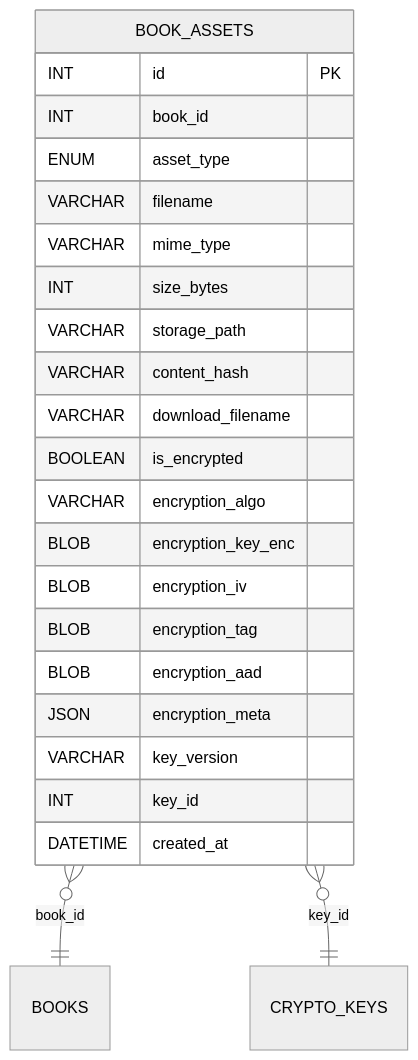
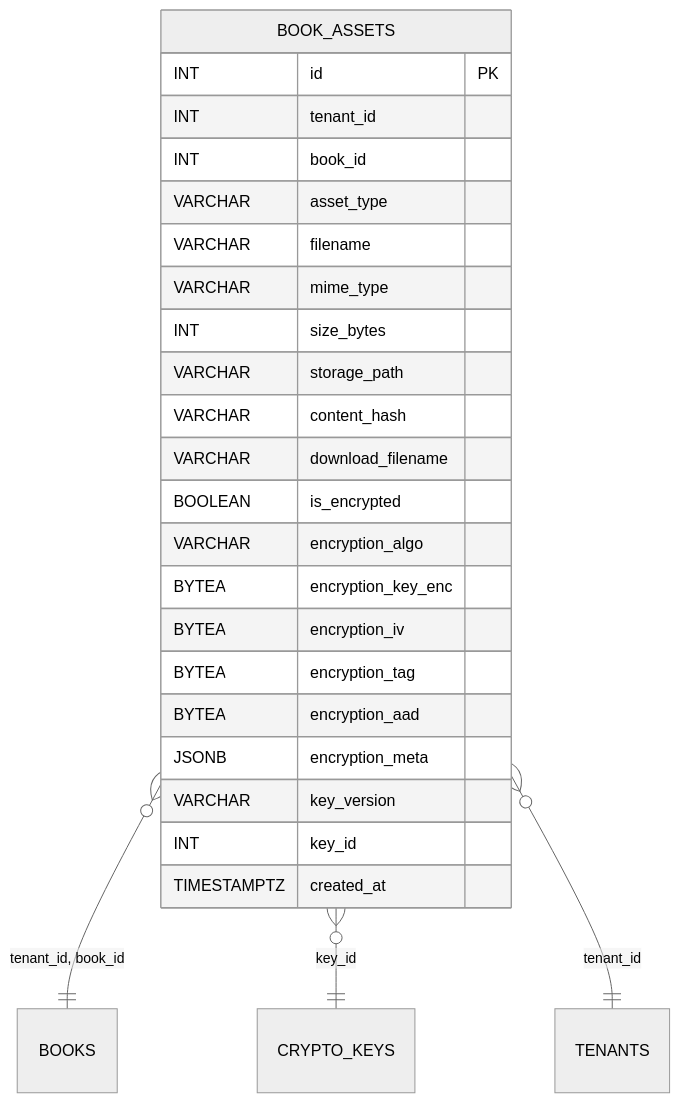
Before and after one commit to blackcatdatabase/table-book-assets: the diagram in README.md, drawn with Mermaid (neutral theme). The commit also changed other lines of this file and 26 other files, not shown here.

First line of the commit message:
Regen schema (#1)

````diff
--- a/README.md
+++ b/README.md
@@ -66,26 +71,28 @@
 ```mermaid
 erDiagram
   BOOK_ASSETS {
     INT id PK
+    INT tenant_id
     INT book_id
-    ENUM asset_type
+    VARCHAR asset_type
     VARCHAR filename
     VARCHAR mime_type
     INT size_bytes
     VARCHAR storage_path
     VARCHAR content_hash
     VARCHAR download_filename
     BOOLEAN is_encrypted
     VARCHAR encryption_algo
-    BLOB encryption_key_enc
-    BLOB encryption_iv
-    BLOB encryption_tag
-    BLOB encryption_aad
-    JSON encryption_meta
+    BYTEA encryption_key_enc
+    BYTEA encryption_iv
+    BYTEA encryption_tag
+    BYTEA encryption_aad
+    JSONB encryption_meta
     VARCHAR key_version
     INT key_id
-    DATETIME created_at
+    TIMESTAMPTZ created_at
   }
-  BOOK_ASSETS }o--|| BOOKS : "book_id"
+  BOOK_ASSETS }o--|| BOOKS : "tenant_id, book_id"
   BOOK_ASSETS }o--|| CRYPTO_KEYS : "key_id"
+  BOOK_ASSETS }o--|| TENANTS : "tenant_id"
 ```
````
